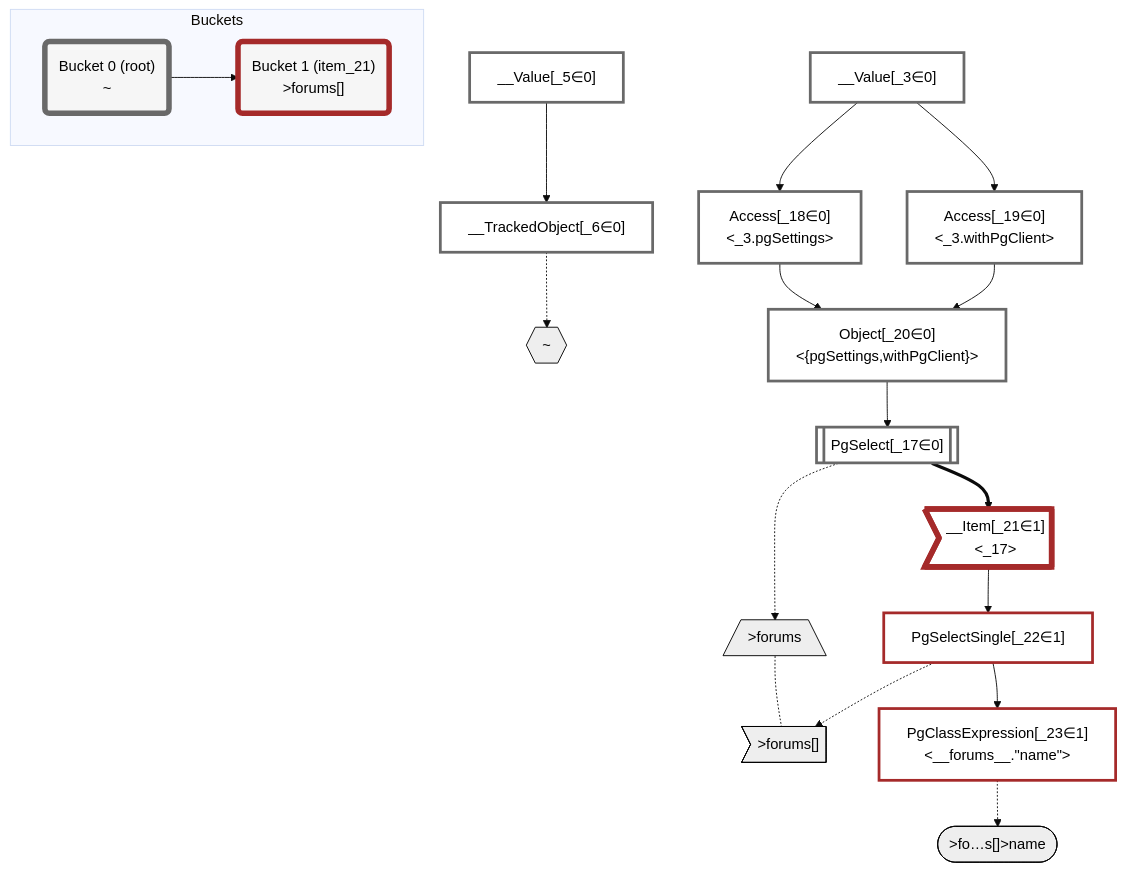
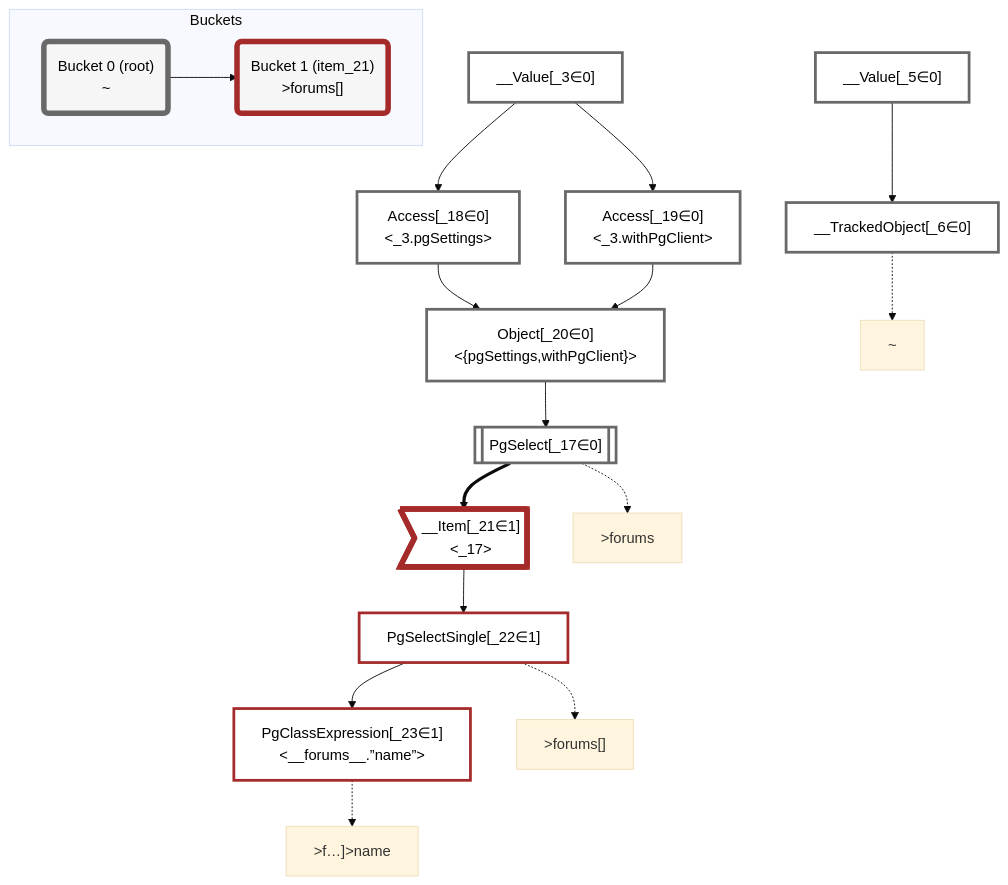
The diagram in packages/dataplan-pg/__tests__/queries/super-simple/super-simple.deopt.mermaid.md (graphile/crystal), drawn with Mermaid (base theme) before and after one commit. The commit also changed 195 other files, not shown here.

````diff
--- a/packages/dataplan-pg/__tests__/queries/super-simple/super-simple.deopt.mermaid.md
+++ b/packages/dataplan-pg/__tests__/queries/super-simple/super-simple.deopt.mermaid.md
@@ -1,61 +1,56 @@
 ```mermaid
 graph TD
     classDef path fill:#eee,stroke:#000,color:#000
     classDef plan fill:#fff,stroke-width:3px,color:#000
     classDef itemplan fill:#fff,stroke-width:6px,color:#000
     classDef sideeffectplan fill:#f00,stroke-width:6px,color:#000
     classDef bucket fill:#f6f6f6,color:#000,stroke-width:6px
 
-    %% subgraph fields
-    P1{{"~"}}:::path
-    P2[/">forums"\]:::path
-    P3>">forums[]"]:::path
-    P2 -.- P3
-    P4([">fo…s[]>name"]):::path
-    %% P3 -.-> P4
-    %% P1 -.-> P2
-    %% end
 
     %% define plans
     __Value_3["__Value[_3∈0]<br /><context>"]:::plan
     __Value_5["__Value[_5∈0]<br /><rootValue>"]:::plan
     __TrackedObject_6["__TrackedObject[_6∈0]"]:::plan
     PgSelect_17[["PgSelect[_17∈0]<br /><forums>"]]:::plan
     Access_18["Access[_18∈0]<br /><_3.pgSettings>"]:::plan
     Access_19["Access[_19∈0]<br /><_3.withPgClient>"]:::plan
     Object_20["Object[_20∈0]<br /><{pgSettings,withPgClient}>"]:::plan
     __Item_21>"__Item[_21∈1]<br /><_17>"]:::itemplan
     PgSelectSingle_22["PgSelectSingle[_22∈1]<br /><forums>"]:::plan
-    PgClassExpression_23["PgClassExpression[_23∈1]<br /><__forums__.#quot;name#quot;>"]:::plan
+    PgClassExpression_23["PgClassExpression[_23∈1]<br /><__forums__.”name”>"]:::plan
 
     %% plan dependencies
     __Value_5 --> __TrackedObject_6
     Object_20 --> PgSelect_17
     __Value_3 --> Access_18
     __Value_3 --> Access_19
     Access_18 --> Object_20
     Access_19 --> Object_20
     PgSelect_17 ==> __Item_21
     __Item_21 --> PgSelectSingle_22
     PgSelectSingle_22 --> PgClassExpression_23
 
     %% plan-to-path relationships
+    P1["~"]
     __TrackedObject_6 -.-> P1
+    P2[">forums"]
     PgSelect_17 -.-> P2
+    P3[">forums[]"]
     PgSelectSingle_22 -.-> P3
+    P4[">f…]>name"]
     PgClassExpression_23 -.-> P4
 
     %% allocate buckets
     classDef bucket0 stroke:#696969
     class __Value_3,__Value_5,__TrackedObject_6,PgSelect_17,Access_18,Access_19,Object_20 bucket0
     classDef bucket1 stroke:#a52a2a
     class __Item_21,PgSelectSingle_22,PgClassExpression_23 bucket1
 
     subgraph Buckets
     Bucket0("Bucket 0 (root)<br />~"):::bucket
     style Bucket0 stroke:#696969
     Bucket1("Bucket 1 (item_21)<br />>forums[]"):::bucket
     style Bucket1 stroke:#a52a2a
     Bucket0 --> Bucket1
     end
 ```
````
